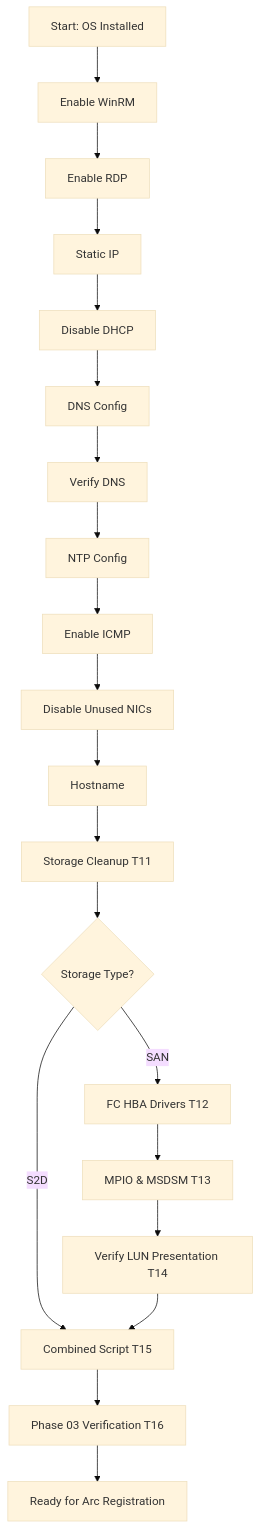
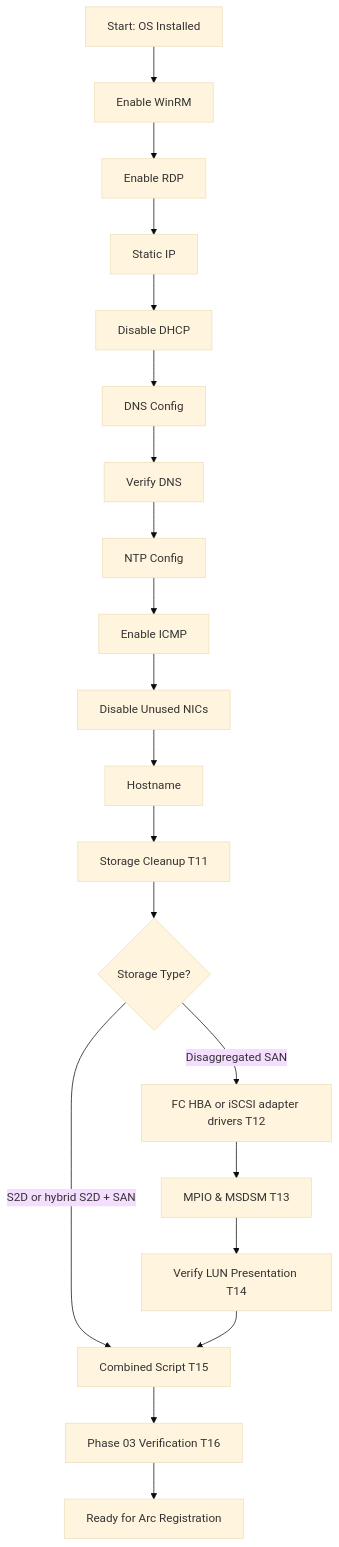
One commit to AzureLocal/azurelocal.github.io changed the diagram in docs/implementation/04-cluster-deployment/phase-03-os-configuration/index.mdx. Above: the diagram before and after it, drawn with Mermaid (base theme). The commit also changed other lines of this file and 7 other files, not shown here.

````diff
--- a/docs/implementation/04-cluster-deployment/phase-03-os-configuration/index.mdx
+++ b/docs/implementation/04-cluster-deployment/phase-03-os-configuration/index.mdx
@@ -83,22 +83,22 @@
 ```mermaid
 flowchart TD
     A[Start: OS Installed] --> B[Enable WinRM]
     B --> C[Enable RDP]
     C --> D[Static IP]
     D --> E[Disable DHCP]
     E --> F[DNS Config]
     F --> G[Verify DNS]
     G --> H[NTP Config]
     H --> I[Enable ICMP]
     I --> J[Disable Unused NICs]
     J --> K[Hostname]
     K --> L[Storage Cleanup T11]
     L --> M{Storage Type?}
-    M -->|S2D| N[Combined Script T15]
-    M -->|SAN| O[FC HBA Drivers T12]
+    M -->|S2D or hybrid S2D + SAN| N[Combined Script T15]
+    M -->|Disaggregated SAN| O[FC HBA or iSCSI adapter drivers T12]
     O --> P[MPIO & MSDSM T13]
     P --> Q[Verify LUN Presentation T14]
     Q --> N
     N --> R[Phase 03 Verification T16]
     R --> S[Ready for Arc Registration]
 ```
````
